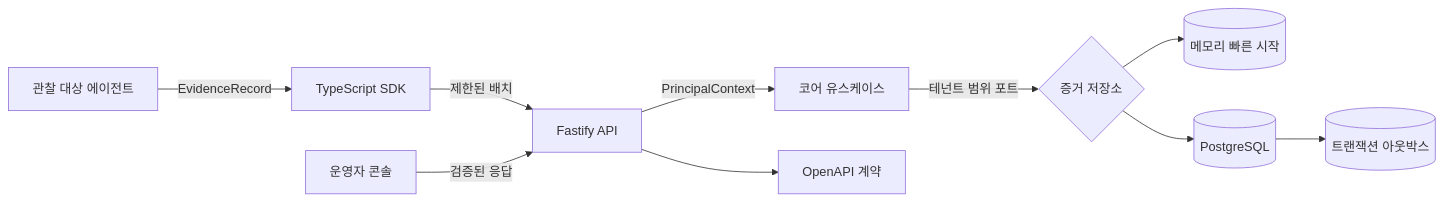
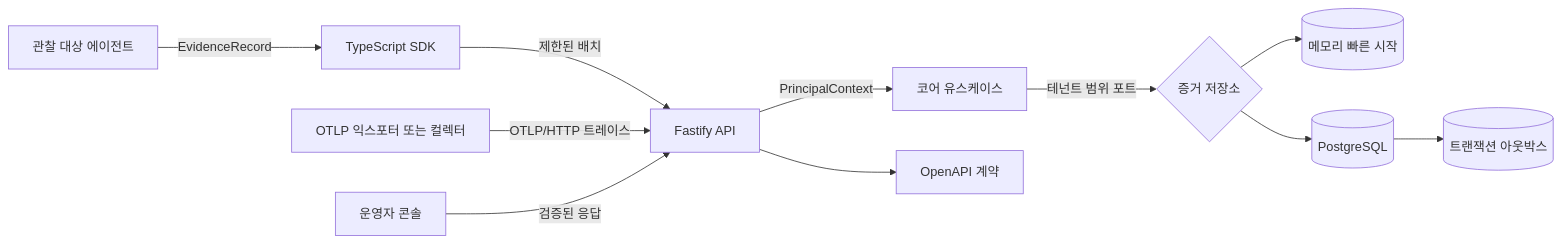
The diagram in README.ko.md (Kwondh0321/proofstack), drawn with Mermaid before and after one commit. The commit also changed other lines of this file and 4 other files, not shown here.

````diff
--- a/README.ko.md
+++ b/README.ko.md
@@ -58,12 +60,13 @@
 ```mermaid
 flowchart LR
     A[관찰 대상 에이전트] -->|EvidenceRecord| S[TypeScript SDK]
     S -->|제한된 배치| H[Fastify API]
+    T[OTLP 익스포터 또는 컬렉터] -->|OTLP/HTTP 트레이스| H
     H -->|PrincipalContext| C[코어 유스케이스]
     C -->|테넌트 범위 포트| R{증거 저장소}
     R --> M[(메모리 빠른 시작)]
     R --> P[(PostgreSQL)]
     P --> X[(트랜잭션 아웃박스)]
     W[운영자 콘솔] -->|검증된 응답| H
     H --> O[OpenAPI 계약]
 ```
````
